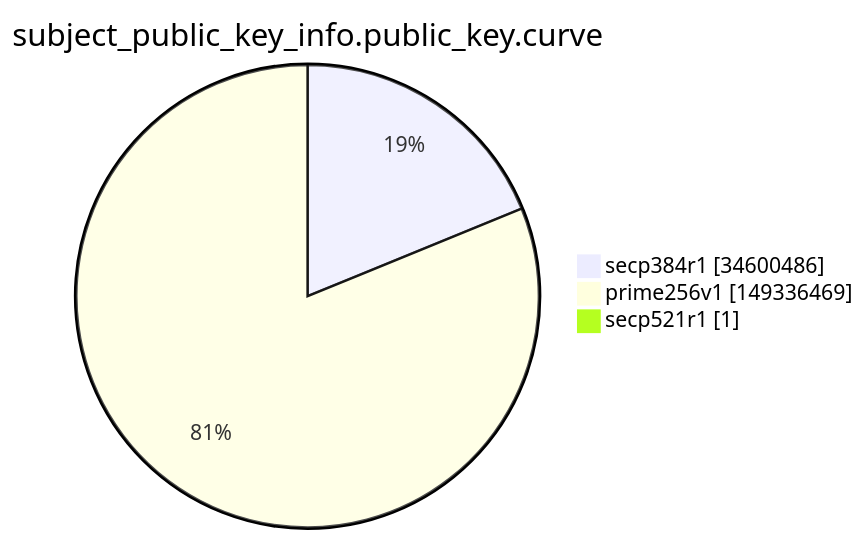
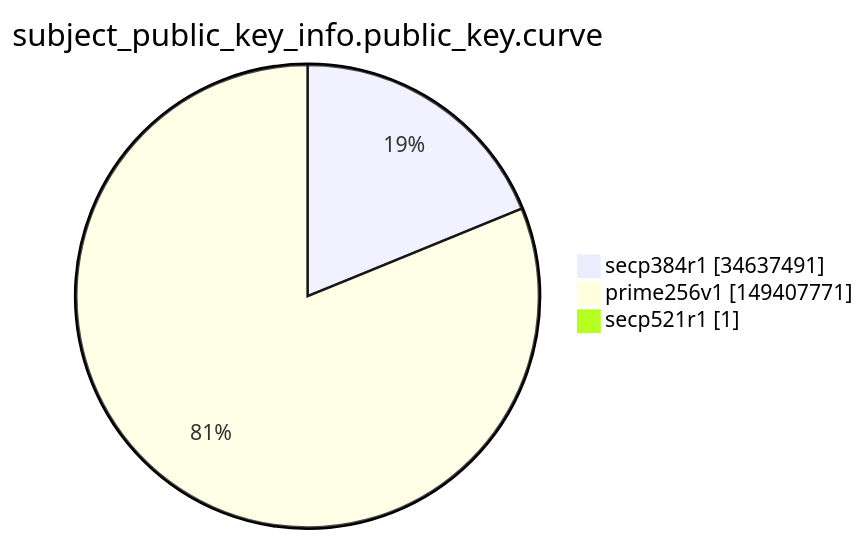
Before and after one commit to christiankrug/ctmonitor_visualization: the ninth of 15 diagrams in argon2022/README.md, drawn with Mermaid. The commit also changed other lines of this file, not shown here.

````diff
--- a/argon2022/README.md
+++ b/argon2022/README.md
@@ -2764,7 +2764,7 @@
 ```mermaid
 pie showData
 title subject_public_key_info.public_key.curve
-"secp384r1" :34600486
-"prime256v1" :149336469
+"secp384r1" :34637491
+"prime256v1" :149407771
 "secp521r1" :1
 ```
````
